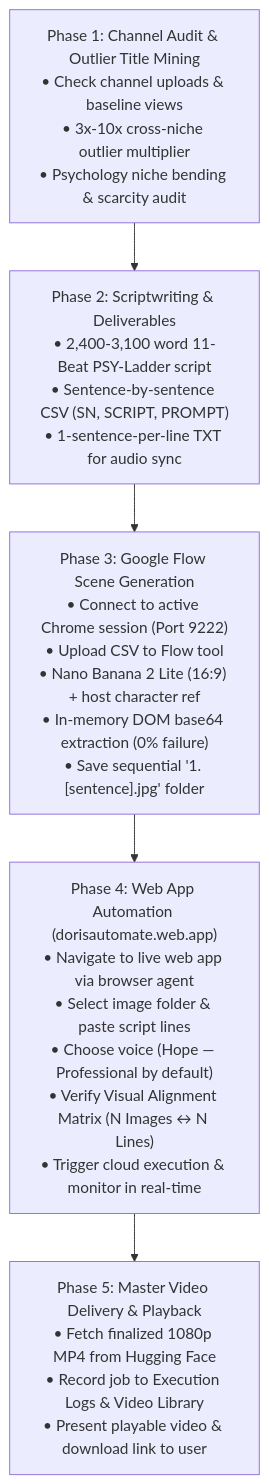
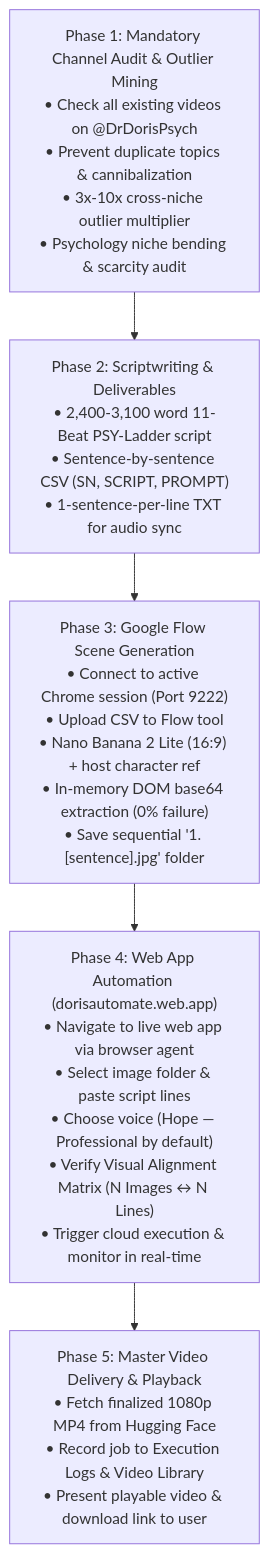
One commit to Dorisautomate/doris-storyteller-automation changed the diagram in skills/doris/SKILL.md. Above: the diagram before and after it, drawn with Mermaid. The commit also changed other lines of this file and 1 other file, not shown here.

Commit message:
feat: embed @DrDorisPsych channel and add uninterrupted autonomous execution mandate to doris skill

````diff
--- a/skills/doris/SKILL.md
+++ b/skills/doris/SKILL.md
@@ -11,7 +19,7 @@
 ```mermaid
 flowchart TD
-    A["Phase 1: Channel Audit & Outlier Title Mining\n• Check channel uploads & baseline views\n• 3x-10x cross-niche outlier multiplier\n• Psychology niche bending & scarcity audit"] --> B["Phase 2: Scriptwriting & Deliverables\n• 2,400-3,100 word 11-Beat PSY-Ladder script\n• Sentence-by-sentence CSV (SN, SCRIPT, PROMPT)\n• 1-sentence-per-line TXT for audio sync"]
+    A["Phase 1: Mandatory Channel Audit & Outlier Mining\n• Check all existing videos on @DrDorisPsych\n• Prevent duplicate topics & cannibalization\n• 3x-10x cross-niche outlier multiplier\n• Psychology niche bending & scarcity audit"] --> B["Phase 2: Scriptwriting & Deliverables\n• 2,400-3,100 word 11-Beat PSY-Ladder script\n• Sentence-by-sentence CSV (SN, SCRIPT, PROMPT)\n• 1-sentence-per-line TXT for audio sync"]
     B --> C["Phase 3: Google Flow Scene Generation\n• Connect to active Chrome session (Port 9222)\n• Upload CSV to Flow tool\n• Nano Banana 2 Lite (16:9) + host character ref\n• In-memory DOM base64 extraction (0% failure)\n• Save sequential '1. [sentence].jpg' folder"]
     C --> D["Phase 4: Web App Automation (dorisautomate.web.app)\n• Navigate to live web app via browser agent\n• Select image folder & paste script lines\n• Choose voice (Hope — Professional by default)\n• Verify Visual Alignment Matrix (N Images ↔ N Lines)\n• Trigger cloud execution & monitor in real-time"]
     D --> E["Phase 5: Master Video Delivery & Playback\n• Fetch finalized 1080p MP4 from Hugging Face\n• Record job to Execution Logs & Video Library\n• Present playable video & download link to user"]
 ```
````
